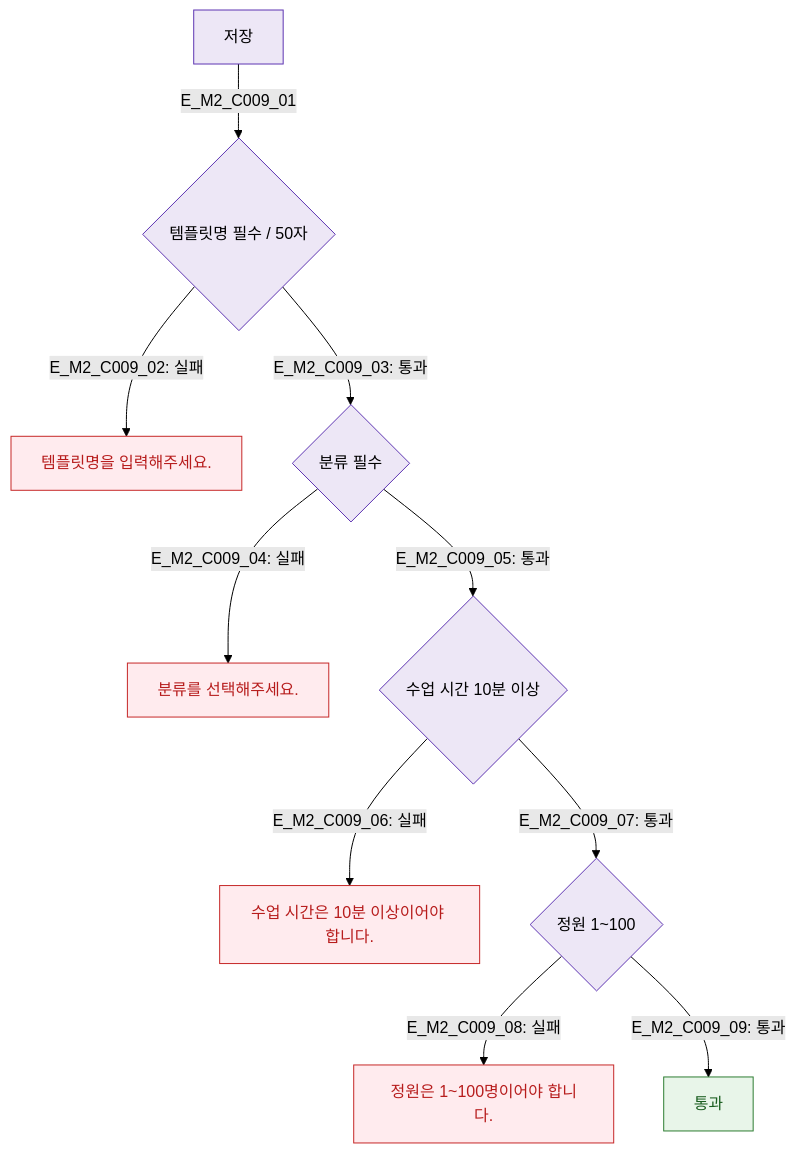
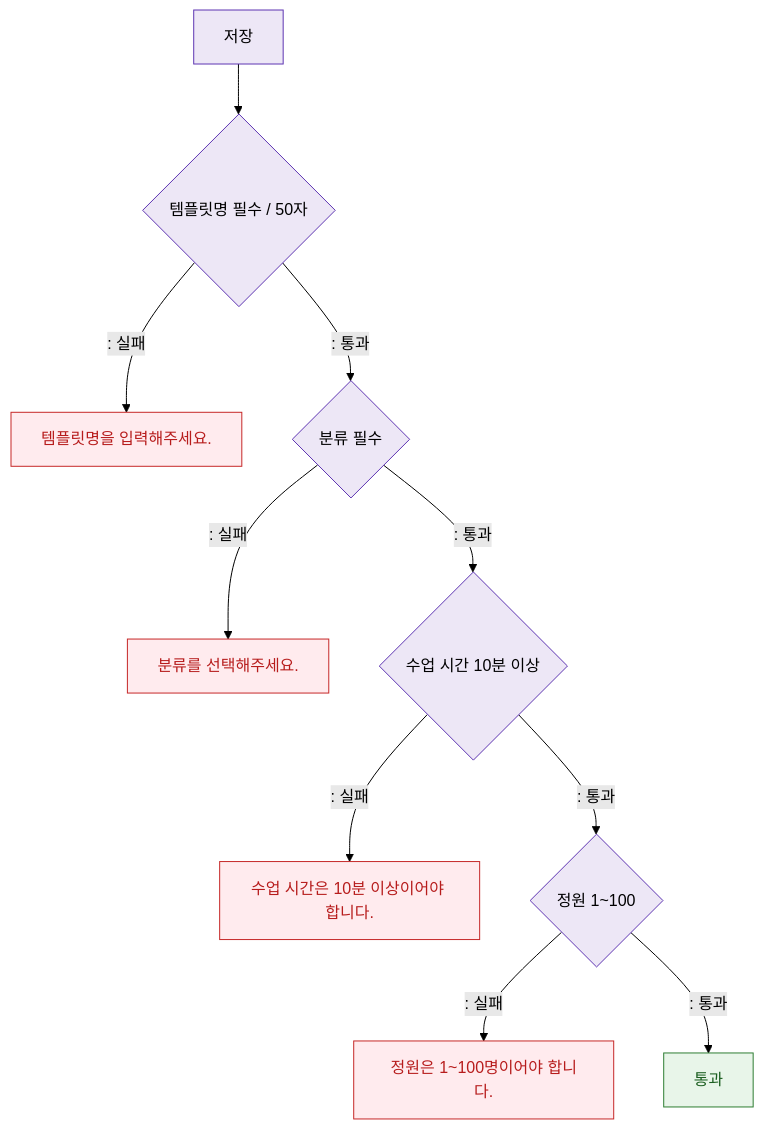
Before and after one commit to dev-spogym/admin-pando: the diagram in docs/다이어그램/D04_수업관리/DLG/DLG-C009_템플릿등록수정/M2_필드검증.md, drawn with Mermaid (forest theme). The commit also changed other lines of this file and 1660 other files, not shown here.

First line of the commit message:
다이어그램: 기획자/클라이언트 납품본으로 정리

````diff
--- a/docs/다이어그램/D04_수업관리/DLG/DLG-C009_템플릿등록수정/M2_필드검증.md
+++ b/docs/다이어그램/D04_수업관리/DLG/DLG-C009_템플릿등록수정/M2_필드검증.md
@@ -20,19 +18,19 @@
 ```mermaid
 flowchart TD
-  Save[저장] -->|E_M2_C009_01| V_Name{템플릿명 필수 / 50자}
-  V_Name -->|"E_M2_C009_02: 실패"| E_Name[템플릿명을 입력해주세요.]
-  V_Name -->|"E_M2_C009_03: 통과"| V_Category{분류 필수}
-  V_Category -->|"E_M2_C009_04: 실패"| E_Category[분류를 선택해주세요.]
-  V_Category -->|"E_M2_C009_05: 통과"| V_Duration{수업 시간 10분 이상}
-  V_Duration -->|"E_M2_C009_06: 실패"| E_Duration[수업 시간은 10분 이상이어야 합니다.]
-  V_Duration -->|"E_M2_C009_07: 통과"| V_Capacity{정원 1~100}
-  V_Capacity -->|"E_M2_C009_08: 실패"| E_Capacity[정원은 1~100명이어야 합니다.]
-  V_Capacity -->|"E_M2_C009_09: 통과"| AllPass[통과]
+  Save[저장] --> V_Name{템플릿명 필수 / 50자}
+  V_Name -->|": 실패"|E_Name[템플릿명을 입력해주세요.]
+  V_Name -->|": 통과"|V_Category{분류 필수}
+  V_Category -->|": 실패"|E_Category[분류를 선택해주세요.]
+  V_Category -->|": 통과"|V_Duration{수업 시간 10분 이상}
+  V_Duration -->|": 실패"|E_Duration[수업 시간은 10분 이상이어야 합니다.]
+  V_Duration -->|": 통과"|V_Capacity{정원 1~100}
+  V_Capacity -->|": 실패"|E_Capacity[정원은 1~100명이어야 합니다.]
+  V_Capacity -->|": 통과"|AllPass[통과]
 
   classDef system fill:#EDE7F6,stroke:#5E35B2
   classDef error fill:#FFEBEE,stroke:#C62828,color:#B71C1C
   classDef success fill:#E8F5E9,stroke:#2E7D32,color:#1B5E20
   class Save,V_Name,V_Category,V_Duration,V_Capacity system
   class E_Name,E_Category,E_Duration,E_Capacity error
   class AllPass success
 ```
````
